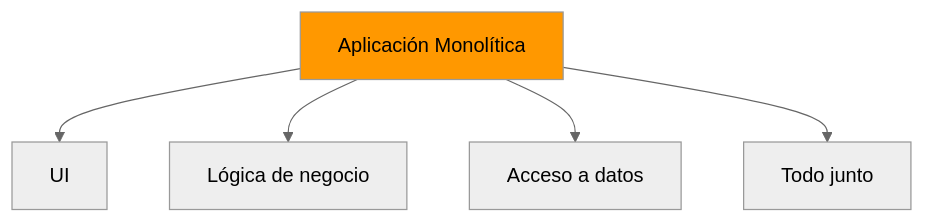
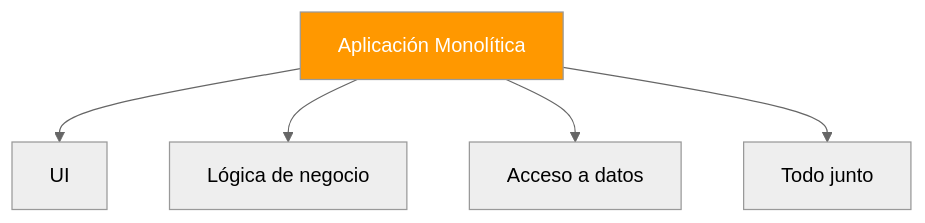
Before and after one commit to joseluisgs/DesarrolloWebEntornosServidor-01-2026-2027: diagram 14 of 17 in csharp_inicial/05-PatronesArquitecturas.md, drawn with Mermaid (neutral theme). The commit also changed other lines of this file and 66 other files, not shown here.

First line of the commit message:
fix: normalizar titulos al castellano de frase y corregir la paleta de mermaid

````diff
--- a/csharp_inicial/05-PatronesArquitecturas.md
+++ b/csharp_inicial/05-PatronesArquitecturas.md
@@ -753,9 +753,9 @@
 ```mermaid
 graph TD
     A["Aplicación Monolítica"] --> B["UI"]
     A --> C["Lógica de negocio"]
     A --> D["Acceso a datos"]
     A --> E["Todo junto"]
     
-    style A fill:#FF9800
+    style A fill:#FF9800,color:#fff
 ```
````
